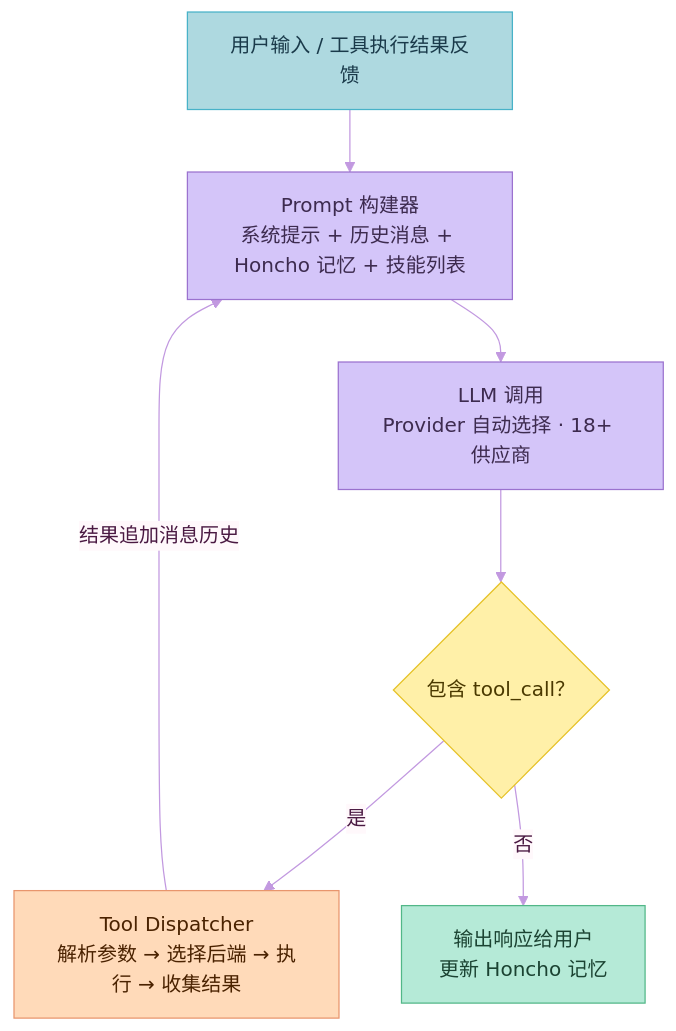
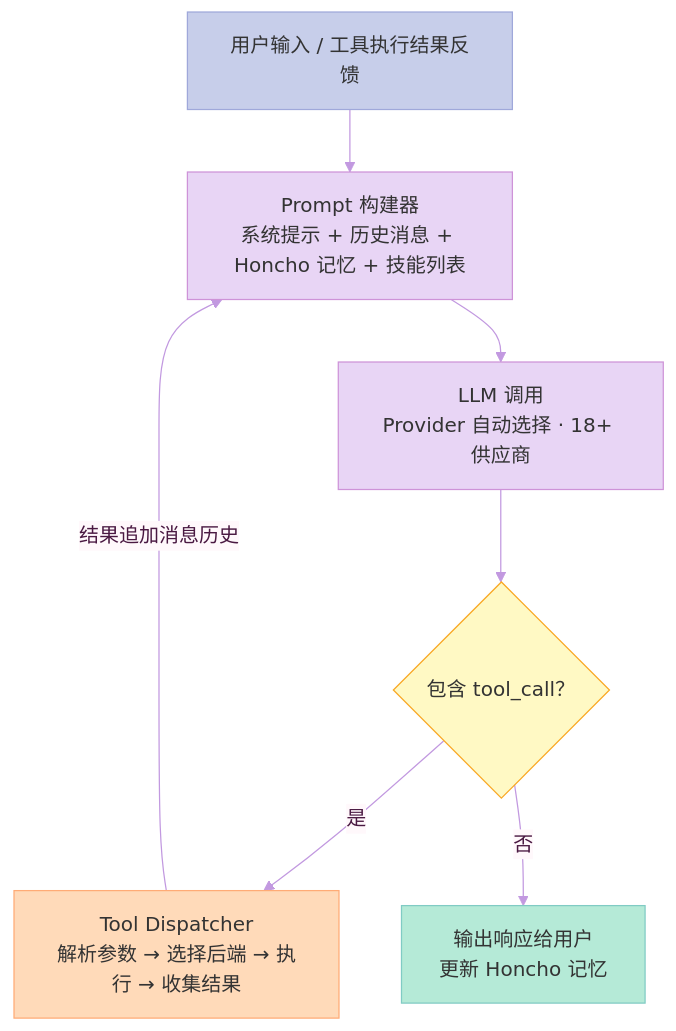
The second of 10 diagrams in source/_posts/2026-04-13-hermes-agent深度完全解读.md (xuqi2024/xuqi2024.github.io), drawn with Mermaid before and after one commit. The commit also changed other lines of this file and 23 other files, not shown here.

````diff
--- a/source/_posts/2026-04-13-hermes-agent深度完全解读.md
+++ b/source/_posts/2026-04-13-hermes-agent深度完全解读.md
@@ -71,21 +77,21 @@
 ```mermaid
-%%{init: {'theme': 'base', 'themeVariables': {'primaryColor': '#FFB3C1', 'primaryTextColor': '#4A1942', 'primaryBorderColor': '#FF85A1', 'lineColor': '#C299E0', 'secondaryColor': '#C8E6C9', 'tertiaryColor': '#AED9E0', 'background': '#FFF8FB', 'mainBkg': '#FFB3C1', 'nodeBorder': '#FF85A1', 'clusterBkg': '#FFF0F7', 'clusterBorder': '#FFB3C1', 'titleColor': '#6D3B8C', 'edgeLabelBackground': '#FFF8FB'}}}%%
+%%{init: {'theme': 'base', 'themeVariables': {'primaryColor': '#FFB3C1', 'primaryTextColor': '#4A1942', 'primaryBorderColor': '#FF85A1', 'lineColor': '#C299E0', 'secondaryColor': '#C8E6C9', 'tertiaryColor': '#C7CEEA', 'background': '#FFF8FB', 'mainBkg': '#FFB3C1', 'nodeBorder': '#FF85A1', 'clusterBkg': '#FFF0F7', 'clusterBorder': '#FFB3C1', 'titleColor': '#6D3B8C', 'edgeLabelBackground': '#FFF8FB'}}}%%
 flowchart TD
-    classDef input fill:#AED9E0,stroke:#48B2C8,color:#1A3A4A
-    classDef process fill:#D4C5F9,stroke:#9B72CF,color:#3D2B4F
-    classDef decision fill:#FFF0A8,stroke:#E6C229,color:#4A3900
-    classDef tool fill:#FFDAB9,stroke:#E8956D,color:#4A2200
-    classDef output fill:#B5EAD7,stroke:#52B788,color:#1B4332
+    classDef input fill:#C7CEEA,stroke:#9FA8DA,color:#333
+    classDef process fill:#E8D5F5,stroke:#CE93D8,color:#333
+    classDef decision fill:#FFF9C4,stroke:#F9A825,color:#333
+    classDef tool fill:#FFDAB9,stroke:#FFAB76,color:#333
+    classDef output fill:#B5EAD7,stroke:#80CBC4,color:#333
 
     A["用户输入 / 工具执行结果反馈"]:::input
     B["Prompt 构建器<br/>系统提示 + 历史消息 + Honcho 记忆 + 技能列表"]:::process
     C["LLM 调用<br/>Provider 自动选择 · 18+ 供应商"]:::process
     D{"包含 tool_call？"}:::decision
     E["Tool Dispatcher<br/>解析参数 → 选择后端 → 执行 → 收集结果"]:::tool
     F["输出响应给用户<br/>更新 Honcho 记忆"]:::output
 
     A --> B --> C --> D
     D -- 是 --> E
     D -- 否 --> F
     E -- 结果追加消息历史 --> B
 ```
````
